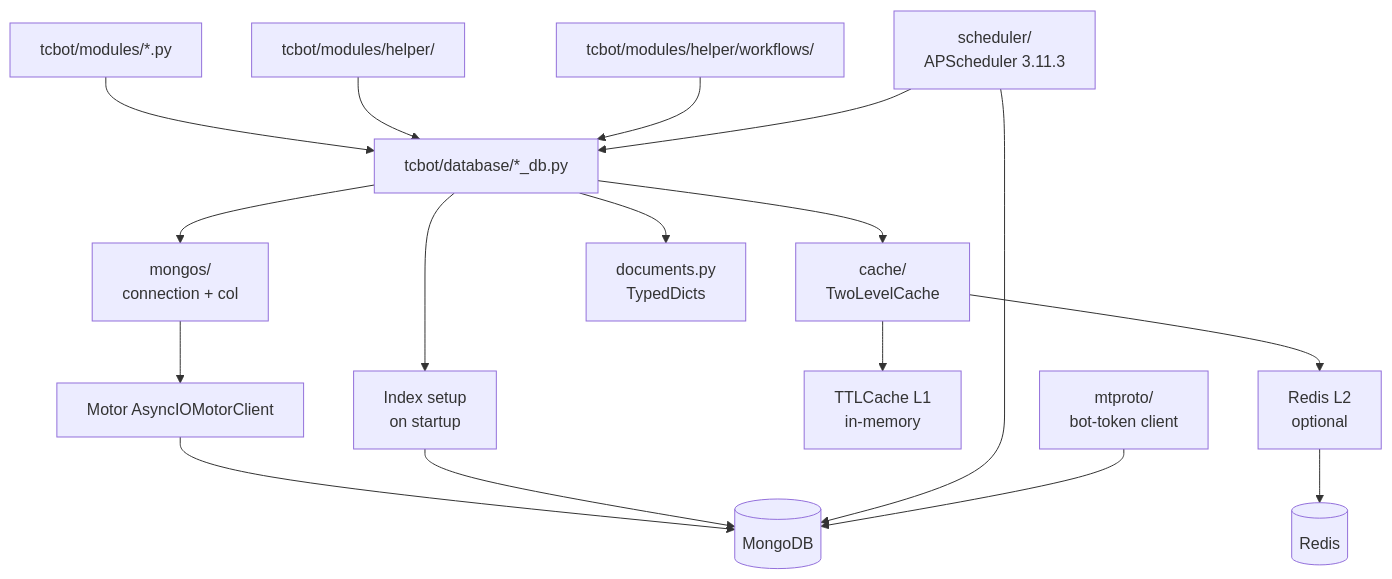
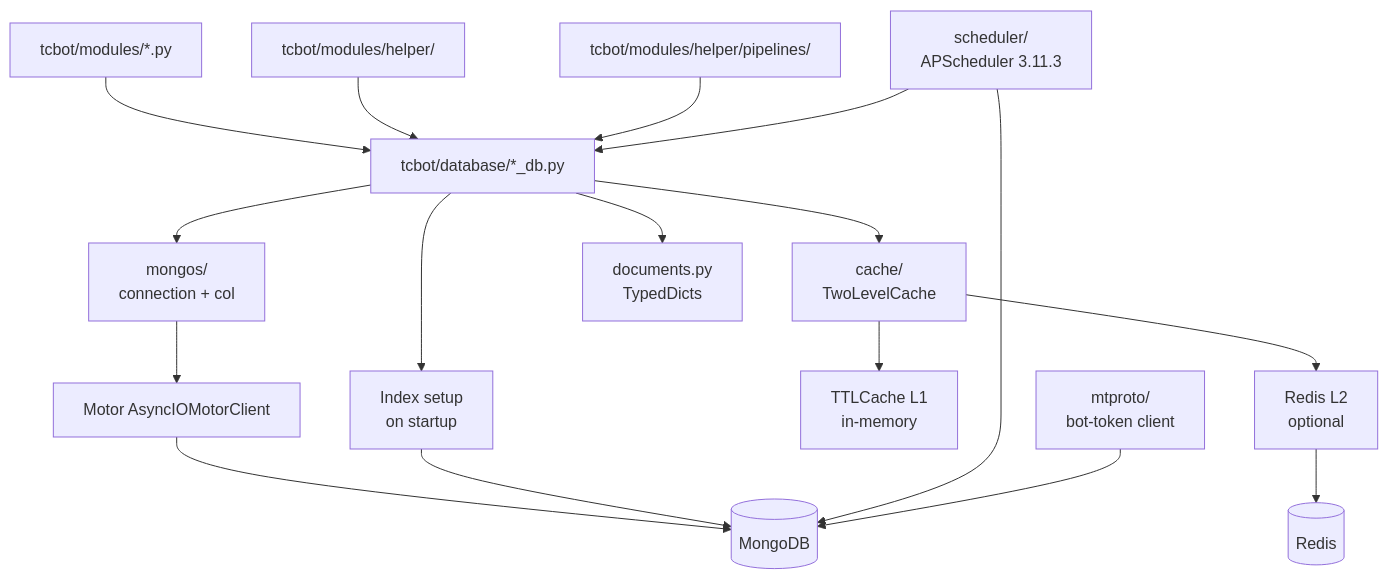
The diagram in docs/architecture/database.md (D1ZZY4/tcbot), drawn with Mermaid before and after one commit. The commit also changed other lines of this file and 196 other files, not shown here.

First line of the commit message:
refactor: consolidate core modules and migrate workflows to pipelines

````diff
--- a/docs/architecture/database.md
+++ b/docs/architecture/database.md
@@ -9,19 +9,19 @@
 ```mermaid
 flowchart TD
     Modules[tcbot/modules/*.py] --> DBHelpers[tcbot/database/*_db.py]
     Helpers[tcbot/modules/helper/] --> DBHelpers
-    Workflows[tcbot/modules/helper/workflows/] --> DBHelpers
+    Workflows[tcbot/modules/helper/pipelines/] --> DBHelpers
     DBHelpers --> Mongos[mongos/<br/>connection + col]
     DBHelpers --> Cache[cache/<br/>TwoLevelCache]
     DBHelpers --> Documents[documents.py<br/>TypedDicts]
     Mongos --> Motor[Motor AsyncIOMotorClient]
     Motor --> MongoDB[(MongoDB)]
     DBHelpers --> Indexes[Index setup<br/>on startup]
     Indexes --> MongoDB
     Cache --> L1[TTLCache L1<br/>in-memory]
     Cache --> L2[Redis L2<br/>optional]
     L2 --> Redis[(Redis)]
     Scheduler[scheduler/<br/>APScheduler 3.11.3] --> MongoDB
     Scheduler --> DBHelpers
     MTProto[mtproto/<br/>bot-token client] --> MongoDB
 ```
````
